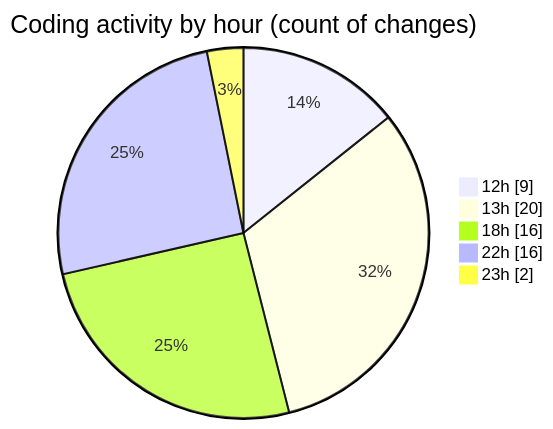
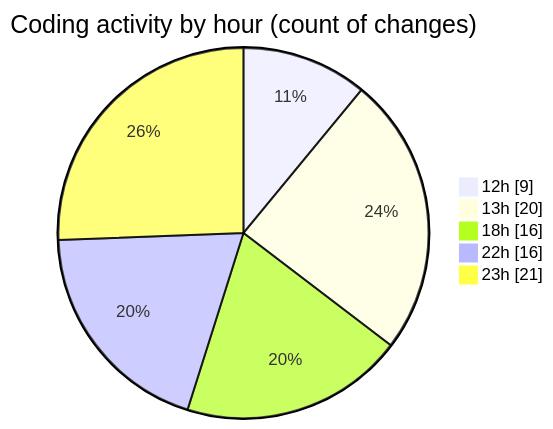
The second of 2 diagrams in 2026-10-25/taskforge/README.md (hasnaa123/code-tracking), drawn with Mermaid before and after one commit. The commit also changed other lines of this file and 1 other file, not shown here.

````diff
--- a/2026-10-25/taskforge/README.md
+++ b/2026-10-25/taskforge/README.md
@@ -31,9 +31,9 @@
 ```mermaid
 pie showData
 title Coding activity by hour (count of changes)
 "12h" : 9
 "13h" : 20
 "18h" : 16
 "22h" : 16
-"23h" : 2
+"23h" : 21
 ```
````
